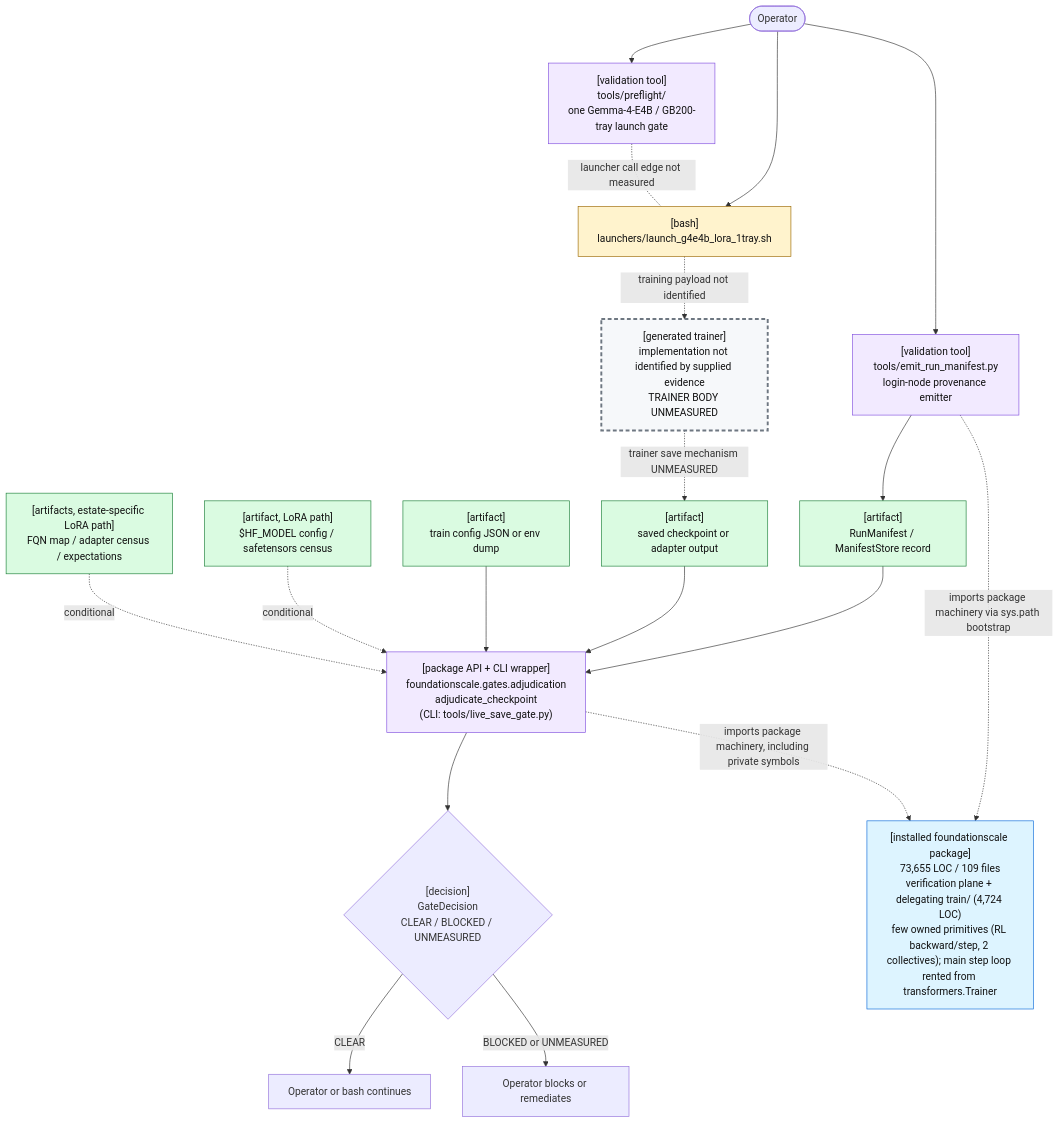
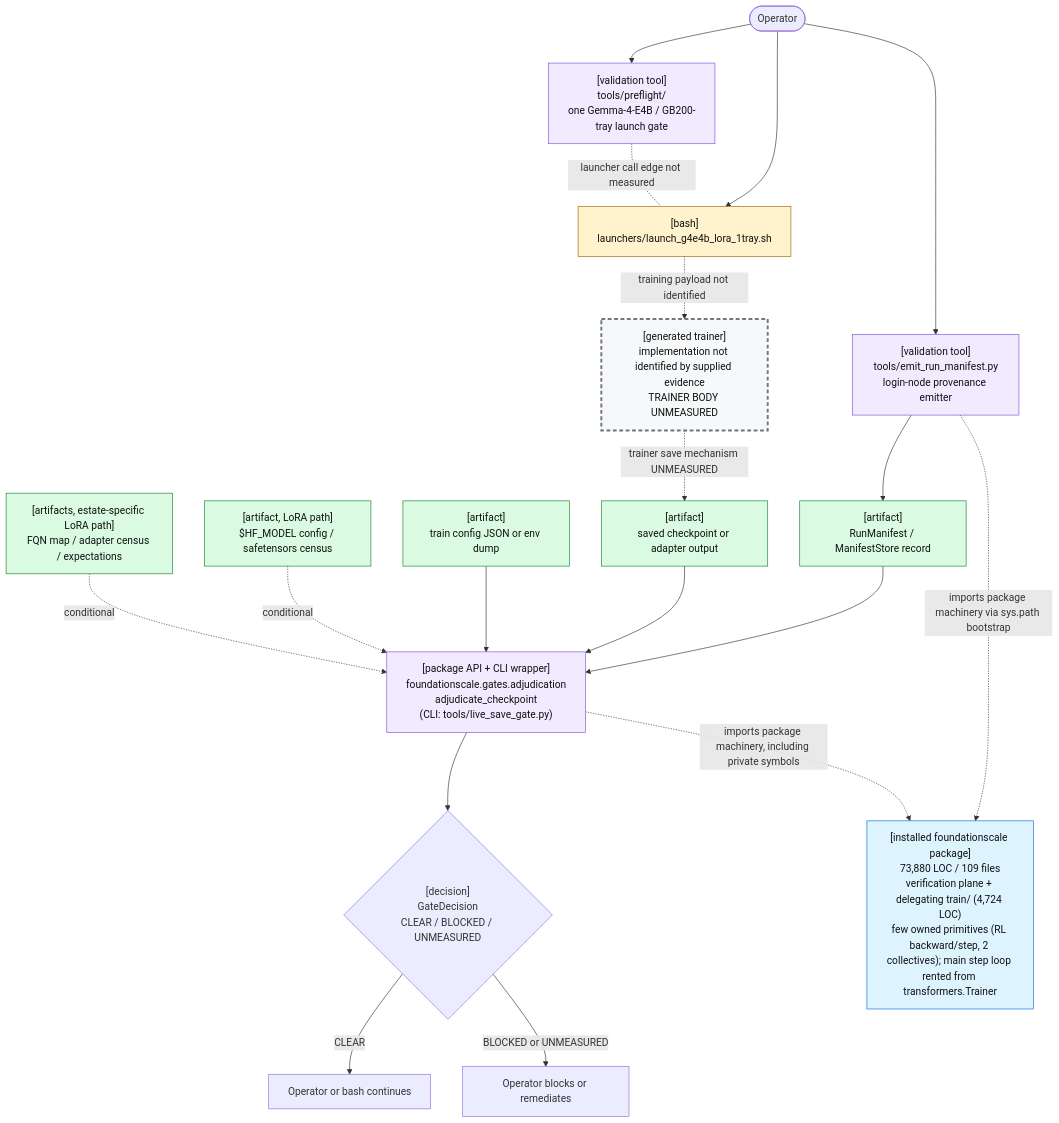
The first of 2 diagrams in docs/review/D2_current_architecture.md (TranNhiem/FoundationScale), drawn with Mermaid before and after one commit. The commit also changed other lines of this file and 15 other files, not shown here.

````diff
--- a/docs/review/D2_current_architecture.md
+++ b/docs/review/D2_current_architecture.md
@@ -25,59 +25,59 @@
 ```mermaid
 flowchart TB
   O(["Operator"])
 
   PF["[validation tool]<br/>tools/preflight/<br/>one Gemma-4-E4B / GB200-tray launch gate"]
   L["[bash]<br/>launchers/launch_g4e4b_lora_1tray.sh"]
 
   E["[validation tool]<br/>tools/emit_run_manifest.py<br/>login-node provenance emitter"]
   M["[artifact]<br/>RunManifest / ManifestStore record"]
 
   T["[generated trainer]<br/>implementation not identified by supplied evidence<br/>TRAINER BODY UNMEASURED"]
   C["[artifact]<br/>saved checkpoint or adapter output"]
 
   G["[package API + CLI wrapper]<br/>foundationscale.gates.adjudication<br/>adjudicate_checkpoint<br/>(CLI: tools/live_save_gate.py)"]
   CFG["[artifact]<br/>train config JSON or env dump"]
   BASE["[artifact, LoRA path]<br/>$HF_MODEL config / safetensors census"]
   CEN["[artifacts, estate-specific LoRA path]<br/>FQN map / adapter census / expectations"]
 
   D{"[decision]<br/>GateDecision<br/>CLEAR / BLOCKED / UNMEASURED"}
   OK["Operator or bash continues"]
   NO["Operator blocks or remediates"]
 
-  PKG["[installed foundationscale package]<br/>73,655 LOC / 109 files<br/>verification plane + delegating train/ (4,724 LOC)<br/>few owned primitives (RL backward/step, 2 collectives); main step loop rented from transformers.Trainer"]
+  PKG["[installed foundationscale package]<br/>73,880 LOC / 109 files<br/>verification plane + delegating train/ (4,724 LOC)<br/>few owned primitives (RL backward/step, 2 collectives); main step loop rented from transformers.Trainer"]
 
   O --> PF
   O --> L
   PF -. "launcher call edge not measured" .- L
 
   O --> E
   E --> M
 
   L -. "training payload not identified" .-> T
   T -. "trainer save mechanism UNMEASURED" .-> C
 
   M --> G
   C --> G
   CFG --> G
   BASE -. "conditional" .-> G
   CEN -. "conditional" .-> G
 
   E -. "imports package machinery via sys.path bootstrap" .-> PKG
   G -. "imports package machinery, including private symbols" .-> PKG
 
   G --> D
   D -->|"CLEAR"| OK
   D -->|"BLOCKED or UNMEASURED"| NO
 
   classDef bash fill:#fff3cd,stroke:#9a6700,color:#111;
   classDef tool fill:#f2eaff,stroke:#8250df,color:#111;
   classDef artifact fill:#dafbe1,stroke:#1a7f37,color:#111;
   classDef gap fill:#f6f8fa,stroke:#6e7781,stroke-width:3px,stroke-dasharray: 6 4,color:#111;
   classDef pkg fill:#ddf4ff,stroke:#0969da,color:#111;
 
   class L bash;
   class PF,E,G tool;
   class M,C,CFG,BASE,CEN artifact;
   class T gap;
   class PKG pkg;
 ```
````
